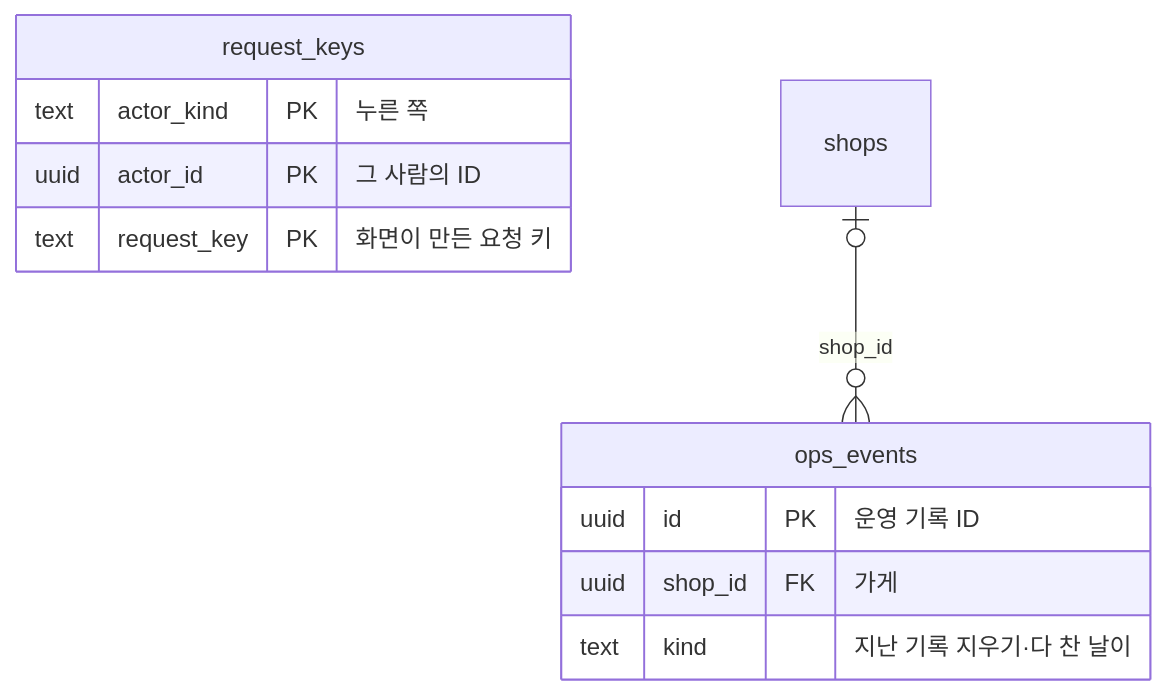
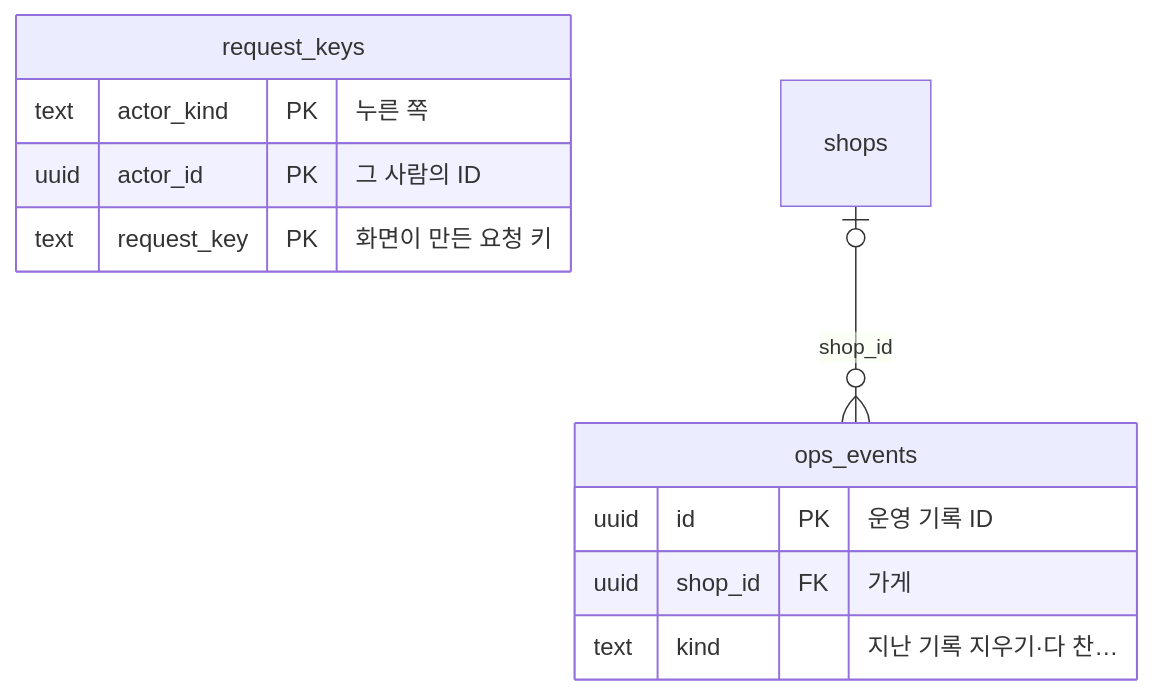
Diagram 11 of 11 in docs/05-erd/README.md (kodonghui/siljang.ai), drawn with Mermaid before and after one commit. The commit also changed other lines of this file and 55 other files, not shown here.

````diff
--- a/docs/05-erd/README.md
+++ b/docs/05-erd/README.md
@@ -613,14 +613,14 @@
 ```mermaid
 erDiagram
   request_keys {
     text actor_kind PK "누른 쪽"
     uuid actor_id PK "그 사람의 ID"
     text request_key PK "화면이 만든 요청 키"
   }
   ops_events {
     uuid id PK "운영 기록 ID"
     uuid shop_id FK "가게"
-    text kind "지난 기록 지우기·다 찬 날이"
+    text kind "지난 기록 지우기·다 찬…"
   }
   shops |o--o{ ops_events : "shop_id"
 ```
````
